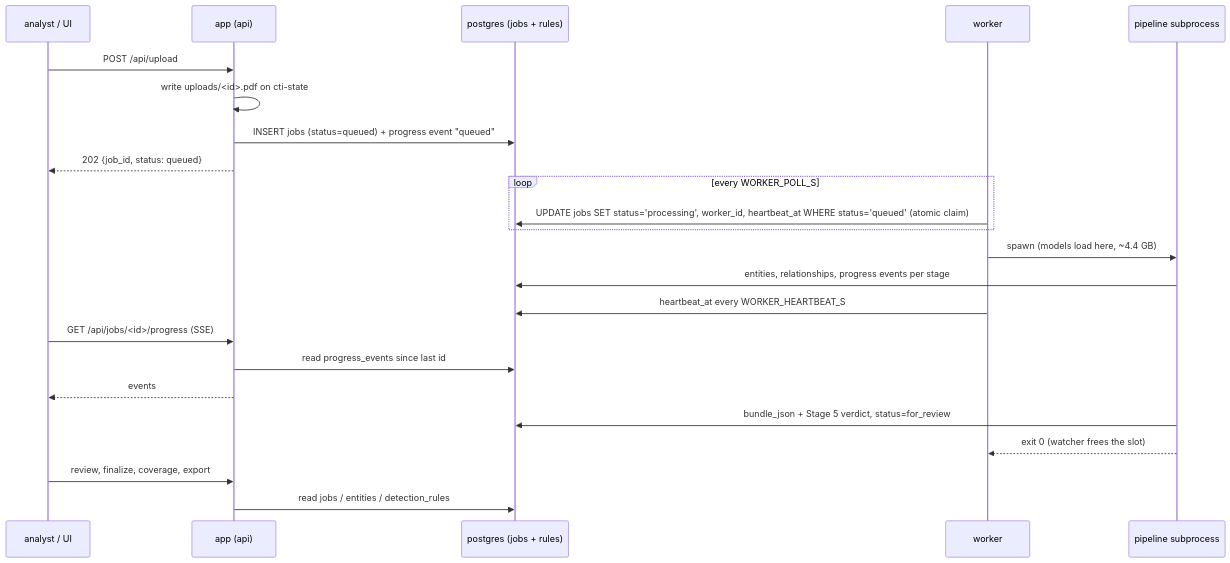
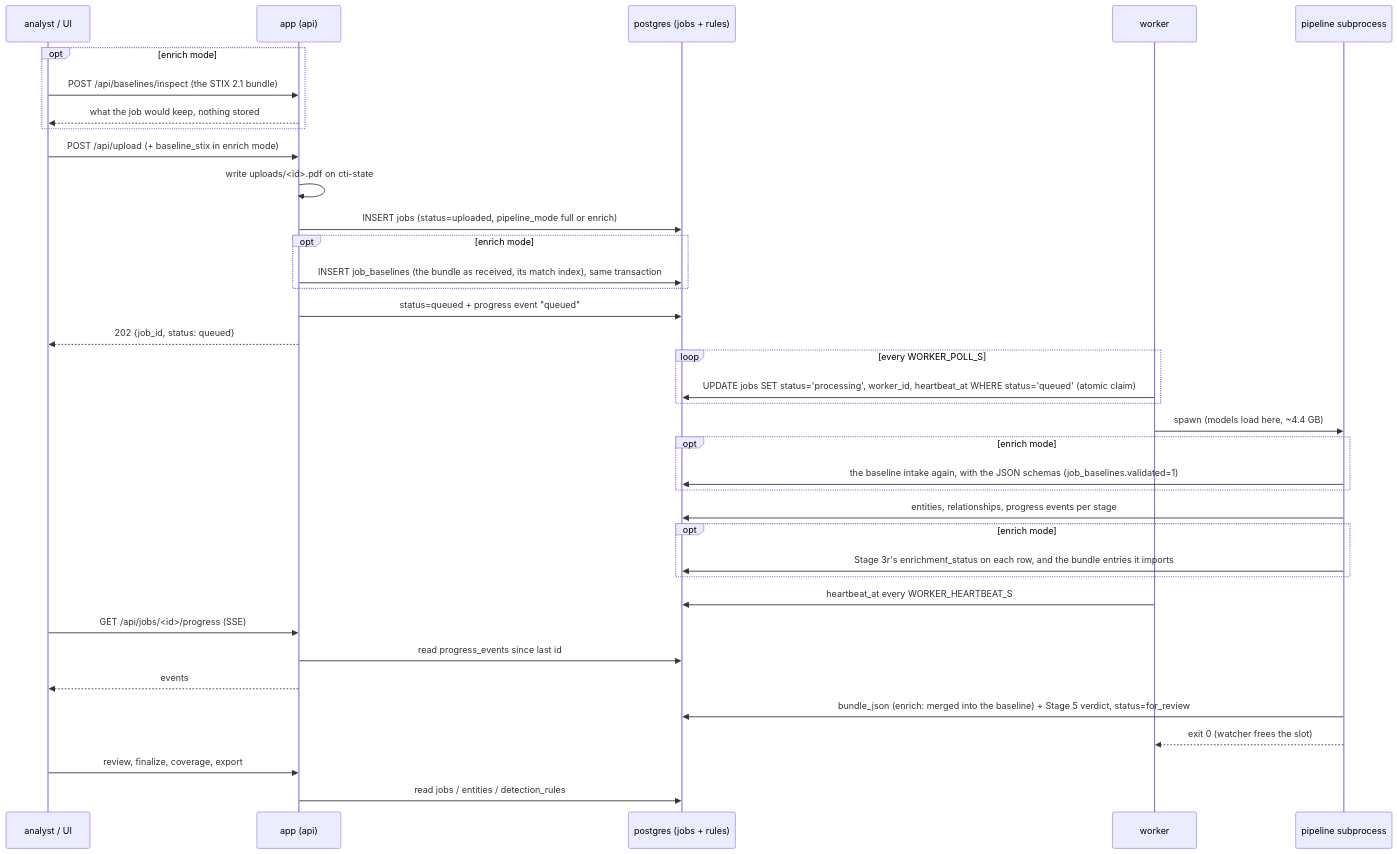
Before and after one commit to Stixaly/CTIParsor: the second of 2 diagrams in docs/architecture.md, drawn with Mermaid. The commit also changed other lines of this file and 3 other files, not shown here.

First line of the commit message:
Docs: the diagrams show both workflows, full extraction and enrich mode

````diff
--- a/docs/architecture.md
+++ b/docs/architecture.md
@@ -197,25 +201,39 @@
 ```mermaid
 sequenceDiagram
     participant U as analyst / UI
     participant A as app (api)
     participant DB as postgres (jobs + rules)
     participant W as worker
     participant P as pipeline subprocess
-    U->>A: POST /api/upload
+    opt enrich mode
+        U->>A: POST /api/baselines/inspect (the STIX 2.1 bundle)
+        A-->>U: what the job would keep, nothing stored
+    end
+    U->>A: POST /api/upload (+ baseline_stix in enrich mode)
     A->>A: write uploads/<id>.pdf on cti-state
-    A->>DB: INSERT jobs (status=queued) + progress event "queued"
+    A->>DB: INSERT jobs (status=uploaded, pipeline_mode full or enrich)
+    opt enrich mode
+        A->>DB: INSERT job_baselines (the bundle as received, its match index), same transaction
+    end
+    A->>DB: status=queued + progress event "queued"
     A-->>U: 202 {job_id, status: queued}
     loop every WORKER_POLL_S
         W->>DB: UPDATE jobs SET status='processing', worker_id, heartbeat_at WHERE status='queued' (atomic claim)
     end
     W->>P: spawn (models load here, ~4.4 GB)
+    opt enrich mode
+        P->>DB: the baseline intake again, with the JSON schemas (job_baselines.validated=1)
+    end
     P->>DB: entities, relationships, progress events per stage
+    opt enrich mode
+        P->>DB: Stage 3r's enrichment_status on each row, and the bundle entries it imports
+    end
     W->>DB: heartbeat_at every WORKER_HEARTBEAT_S
     U->>A: GET /api/jobs/<id>/progress (SSE)
     A->>DB: read progress_events since last id
     A-->>U: events
-    P->>DB: bundle_json + Stage 5 verdict, status=for_review
+    P->>DB: bundle_json (enrich: merged into the baseline) + Stage 5 verdict, status=for_review
     P-->>W: exit 0 (watcher frees the slot)
     U->>A: review, finalize, coverage, export
     A->>DB: read jobs / entities / detection_rules
 ```
````
